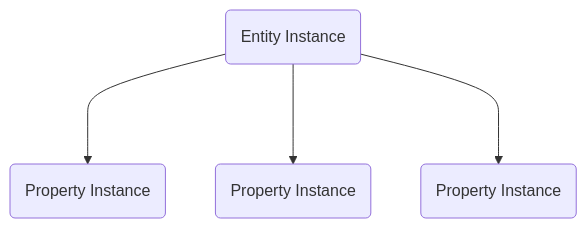
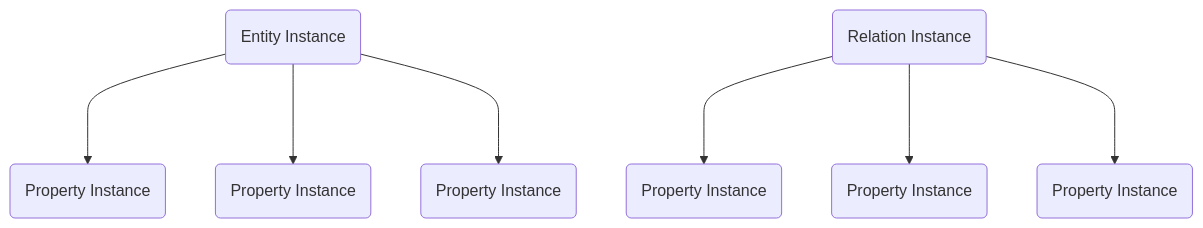
The first of 2 diagrams in docs/inexor-rgf/src/Model_Property_Instance.md (reactive-graph/reactive-graph), drawn with Mermaid before and after one commit. The commit also changed other lines of this file and 8 other files, not shown here.

````diff
--- a/docs/inexor-rgf/src/Model_Property_Instance.md
+++ b/docs/inexor-rgf/src/Model_Property_Instance.md
@@ -19,9 +19,16 @@
 ```mermaid
 graph TD;
     PI1(Property Instance);
     PI2(Property Instance);
     PI3(Property Instance);
     EI(Entity Instance)--->PI1;
     EI(Entity Instance)--->PI2;
     EI(Entity Instance)--->PI3;
+
+    PI4(Property Instance);
+    PI5(Property Instance);
+    PI6(Property Instance);
+    RI(Relation Instance)--->PI4;
+    RI(Relation Instance)--->PI5;
+    RI(Relation Instance)--->PI6;
 ```
````
